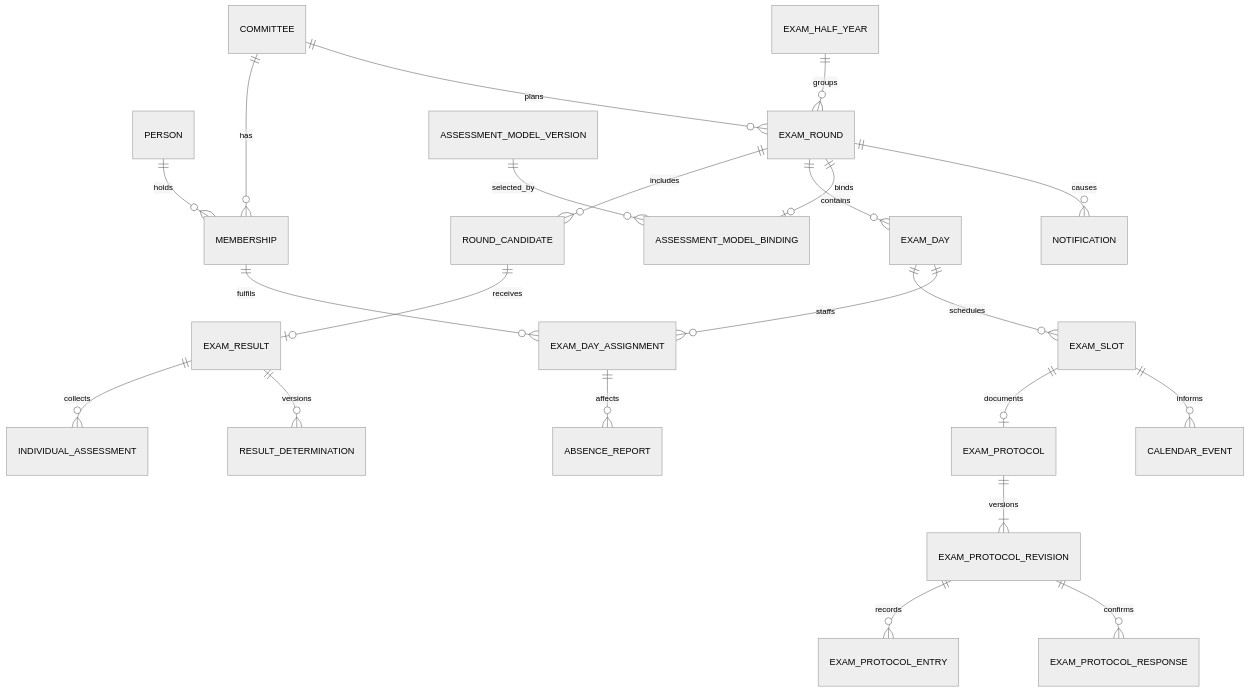
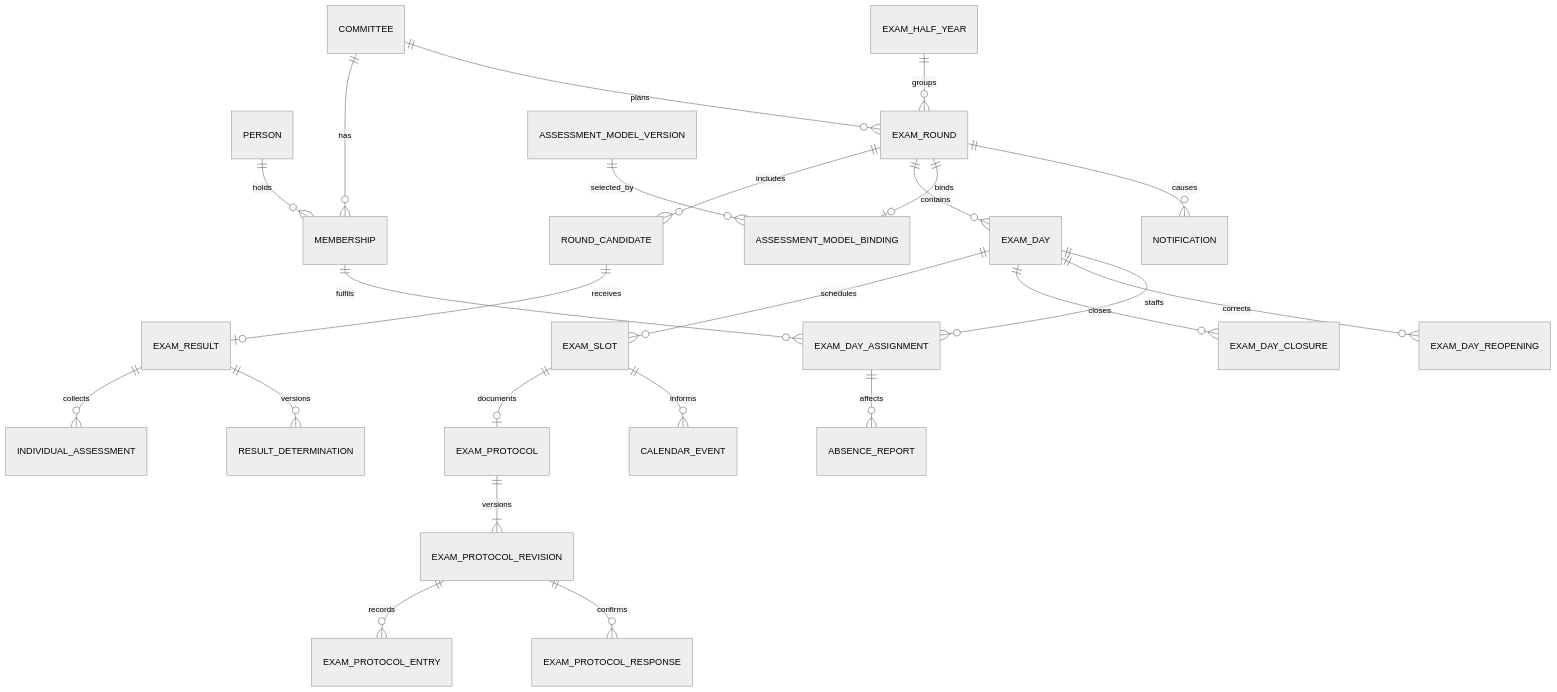
One commit to lxndrp/lzug changed the diagram in docs/developers/domain-model.md. Above: the diagram before and after it, drawn with Mermaid (neutral theme). The commit also changed other lines of this file and 36 other files, not shown here.

Commit message:
Implement exam day closure

````diff
--- a/docs/developers/domain-model.md
+++ b/docs/developers/domain-model.md
@@ -9,24 +9,26 @@
 ```mermaid
 erDiagram
   COMMITTEE ||--o{ MEMBERSHIP : has
   PERSON ||--o{ MEMBERSHIP : holds
   COMMITTEE ||--o{ EXAM_ROUND : plans
   EXAM_HALF_YEAR ||--o{ EXAM_ROUND : groups
   EXAM_ROUND ||--o{ ROUND_CANDIDATE : includes
   EXAM_ROUND ||--o{ EXAM_DAY : contains
   EXAM_DAY ||--o{ EXAM_SLOT : schedules
+  EXAM_DAY ||--o{ EXAM_DAY_CLOSURE : closes
+  EXAM_DAY ||--o{ EXAM_DAY_REOPENING : corrects
   EXAM_SLOT ||--o| EXAM_PROTOCOL : documents
   EXAM_PROTOCOL ||--|{ EXAM_PROTOCOL_REVISION : versions
   EXAM_PROTOCOL_REVISION ||--o{ EXAM_PROTOCOL_ENTRY : records
   EXAM_PROTOCOL_REVISION ||--o{ EXAM_PROTOCOL_RESPONSE : confirms
   EXAM_ROUND ||--o| ASSESSMENT_MODEL_BINDING : binds
   ASSESSMENT_MODEL_VERSION ||--o{ ASSESSMENT_MODEL_BINDING : selected_by
   ROUND_CANDIDATE ||--o| EXAM_RESULT : receives
   EXAM_RESULT ||--o{ INDIVIDUAL_ASSESSMENT : collects
   EXAM_RESULT ||--o{ RESULT_DETERMINATION : versions
   EXAM_DAY ||--o{ EXAM_DAY_ASSIGNMENT : staffs
   MEMBERSHIP ||--o{ EXAM_DAY_ASSIGNMENT : fulfils
   EXAM_ROUND ||--o{ NOTIFICATION : causes
   EXAM_SLOT ||--o{ CALENDAR_EVENT : informs
   EXAM_DAY_ASSIGNMENT ||--o{ ABSENCE_REPORT : affects
 ```
````
